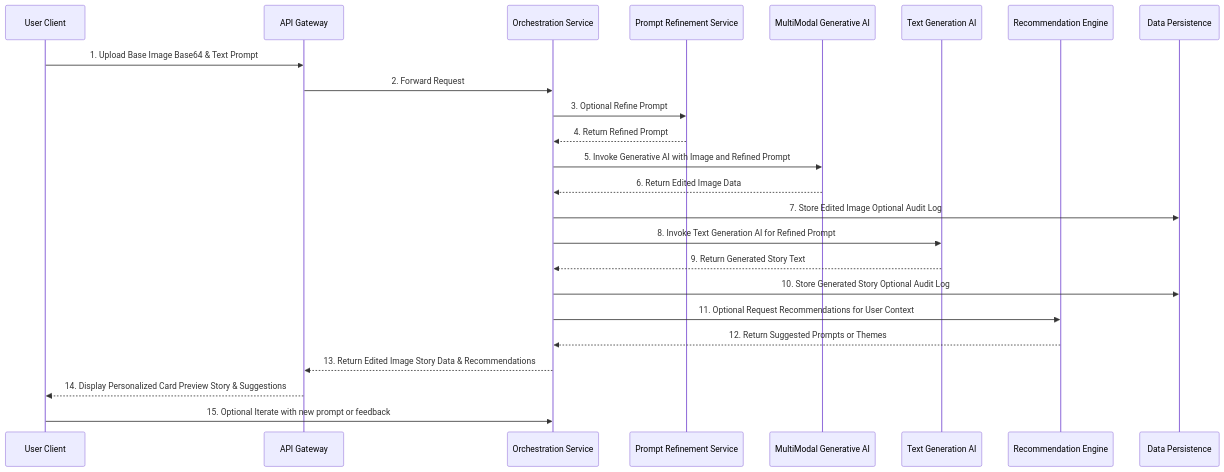
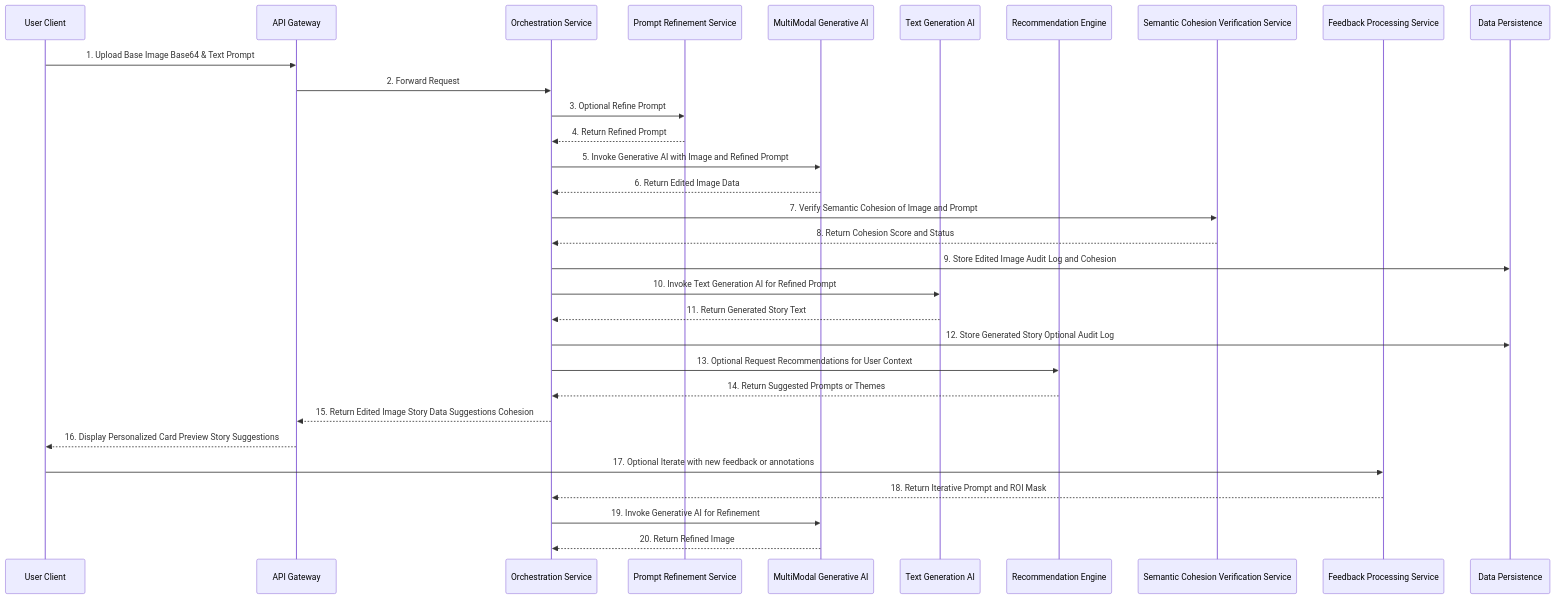
The second of 14 diagrams in inventions/003_narrative_generative_image_editing.md (diplomat-bit/Citibank_Demo_Business_Inc_Demonstration-), drawn with Mermaid before and after one commit. The commit also changed other lines of this file, not shown here.

Commit message:
[AI] Edit: inventions/003_narrative_generative_image_editing.md

````diff
--- a/inventions/003_narrative_generative_image_editing.md
+++ b/inventions/003_narrative_generative_image_editing.md
@@ -56,27 +62,34 @@
 ```mermaid
 sequenceDiagram
     participant User as User Client
     participant API as API Gateway
     participant Orchestrator as Orchestration Service
     participant PromptRefiner as Prompt Refinement Service
     participant GenerativeAI as MultiModal Generative AI
     participant TextGenAI as Text Generation AI
     participant Recommender as Recommendation Engine
+    participant SemanticVerifier as Semantic Cohesion Verification Service
+    participant FeedbackProcessor as Feedback Processing Service
     participant DB as Data Persistence
 
     User->>API: 1. Upload Base Image Base64 & Text Prompt
     API->>Orchestrator: 2. Forward Request
     Orchestrator->>PromptRefiner: 3. Optional Refine Prompt
     PromptRefiner-->>Orchestrator: 4. Return Refined Prompt
     Orchestrator->>GenerativeAI: 5. Invoke Generative AI with Image and Refined Prompt
     GenerativeAI-->>Orchestrator: 6. Return Edited Image Data
-    Orchestrator->>DB: 7. Store Edited Image Optional Audit Log
-    Orchestrator->>TextGenAI: 8. Invoke Text Generation AI for Refined Prompt
-    TextGenAI-->>Orchestrator: 9. Return Generated Story Text
-    Orchestrator->>DB: 10. Store Generated Story Optional Audit Log
-    Orchestrator->>Recommender: 11. Optional Request Recommendations for User Context
-    Recommender-->>Orchestrator: 12. Return Suggested Prompts or Themes
-    Orchestrator-->>API: 13. Return Edited Image Story Data & Recommendations
-    API-->>User: 14. Display Personalized Card Preview Story & Suggestions
-    User->>Orchestrator: 15. Optional Iterate with new prompt or feedback
+    Orchestrator->>SemanticVerifier: 7. Verify Semantic Cohesion of Image and Prompt
+    SemanticVerifier-->>Orchestrator: 8. Return Cohesion Score and Status
+    Orchestrator->>DB: 9. Store Edited Image Audit Log and Cohesion
+    Orchestrator->>TextGenAI: 10. Invoke Text Generation AI for Refined Prompt
+    TextGenAI-->>Orchestrator: 11. Return Generated Story Text
+    Orchestrator->>DB: 12. Store Generated Story Optional Audit Log
+    Orchestrator->>Recommender: 13. Optional Request Recommendations for User Context
+    Recommender-->>Orchestrator: 14. Return Suggested Prompts or Themes
+    Orchestrator-->>API: 15. Return Edited Image Story Data Suggestions Cohesion
+    API-->>User: 16. Display Personalized Card Preview Story Suggestions
+    User->>FeedbackProcessor: 17. Optional Iterate with new feedback or annotations
+    FeedbackProcessor-->>Orchestrator: 18. Return Iterative Prompt and ROI Mask
+    Orchestrator->>GenerativeAI: 19. Invoke Generative AI for Refinement
+    GenerativeAI-->>Orchestrator: 20. Return Refined Image
 ```
````
